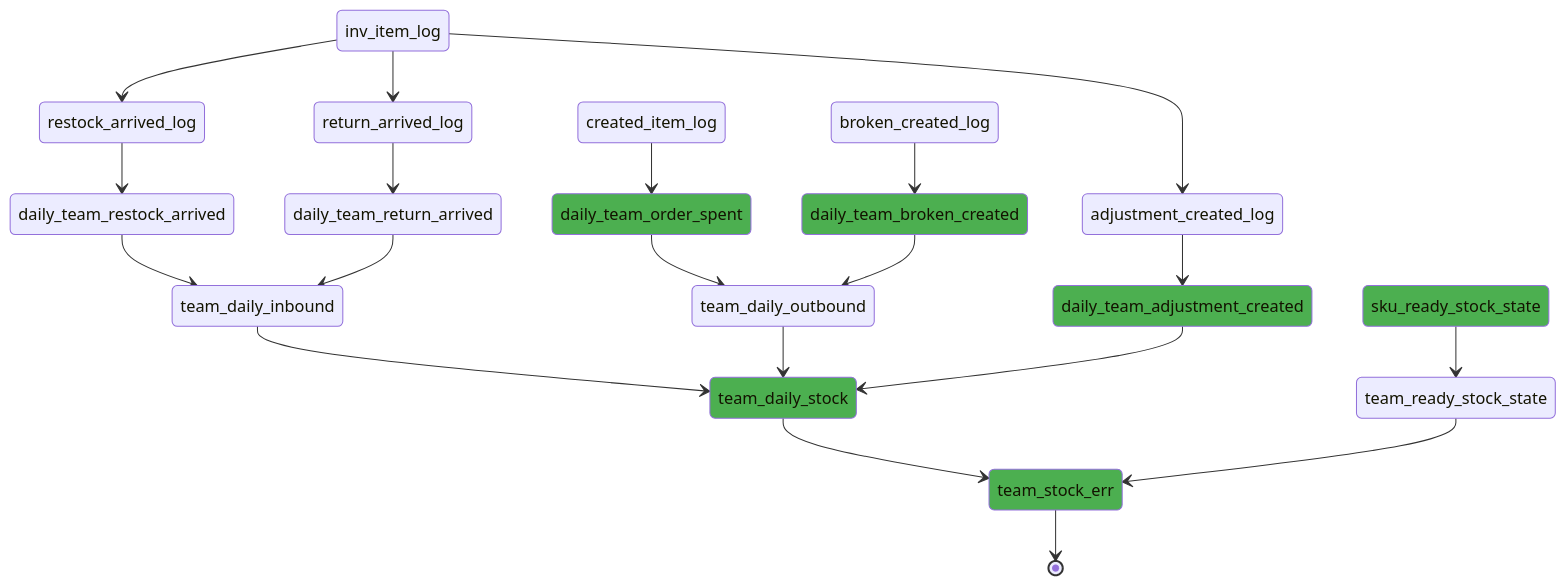
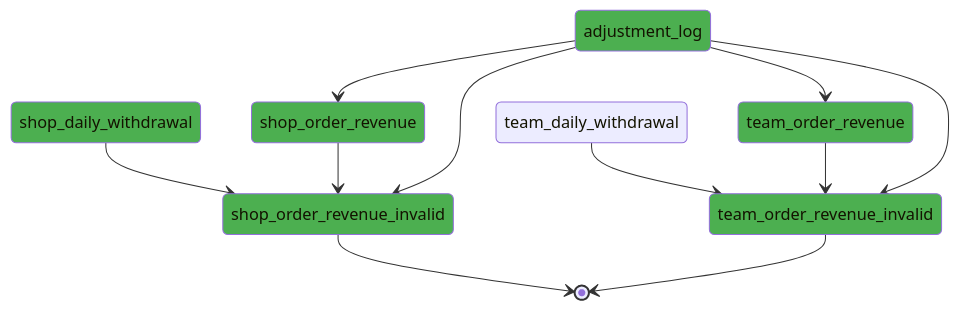
Before and after one commit to pdcgo/worker_stat: the diagram in batch_test.mmd, drawn with Mermaid. The commit also changed 7 other files, not shown here.

```diff
--- a/batch_test.mmd
+++ b/batch_test.mmd
@@ -1,26 +1,20 @@
 stateDiagram-v2
-	team_stock_err--> [*]
-	style team_stock_err fill:#4CAF50
-	inv_item_log--> restock_arrived_log
-	restock_arrived_log--> daily_team_restock_arrived
-	daily_team_restock_arrived--> team_daily_inbound
-	inv_item_log--> return_arrived_log
-	return_arrived_log--> daily_team_return_arrived
-	daily_team_return_arrived--> team_daily_inbound
-	team_daily_inbound--> team_daily_stock
-	created_item_log--> daily_team_order_spent
-	daily_team_order_spent--> team_daily_outbound
-	style daily_team_order_spent fill:#4CAF50
-	broken_created_log--> daily_team_broken_created
-	daily_team_broken_created--> team_daily_outbound
-	style daily_team_broken_created fill:#4CAF50
-	team_daily_outbound--> team_daily_stock
-	inv_item_log--> adjustment_created_log
-	adjustment_created_log--> daily_team_adjustment_created
-	daily_team_adjustment_created--> team_daily_stock
-	style daily_team_adjustment_created fill:#4CAF50
-	team_daily_stock--> team_stock_err
-	style team_daily_stock fill:#4CAF50
-	sku_ready_stock_state--> team_ready_stock_state
-	style sku_ready_stock_state fill:#4CAF50
-	team_ready_stock_state--> team_stock_err
+	shop_order_revenue_invalid--> [*]
+	style shop_order_revenue_invalid fill:#4CAF50
+	team_order_revenue_invalid--> [*]
+	style team_order_revenue_invalid fill:#4CAF50
+	shop_daily_withdrawal--> shop_order_revenue_invalid
+	style shop_daily_withdrawal fill:#4CAF50
+	adjustment_log--> shop_order_revenue
+	style adjustment_log fill:#4CAF50
+	shop_order_revenue--> shop_order_revenue_invalid
+	style shop_order_revenue fill:#4CAF50
+	adjustment_log--> shop_order_revenue_invalid
+	style adjustment_log fill:#4CAF50
+	team_daily_withdrawal--> team_order_revenue_invalid
+	adjustment_log--> team_order_revenue
+	style adjustment_log fill:#4CAF50
+	team_order_revenue--> team_order_revenue_invalid
+	style team_order_revenue fill:#4CAF50
+	adjustment_log--> team_order_revenue_invalid
+	style adjustment_log fill:#4CAF50
```
